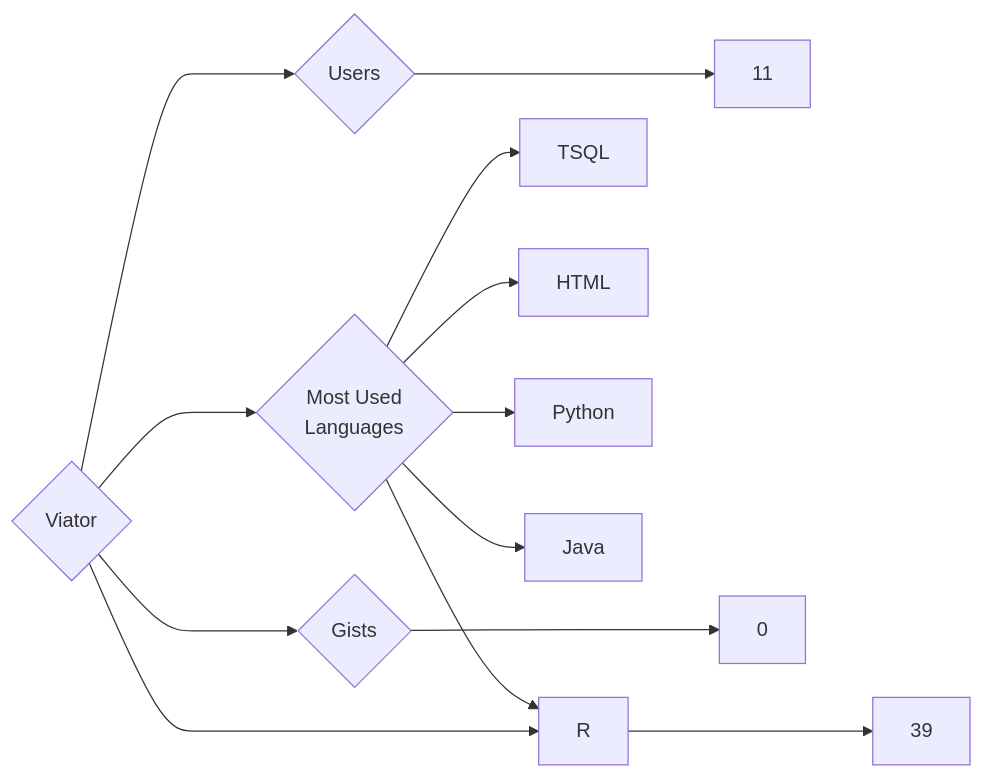
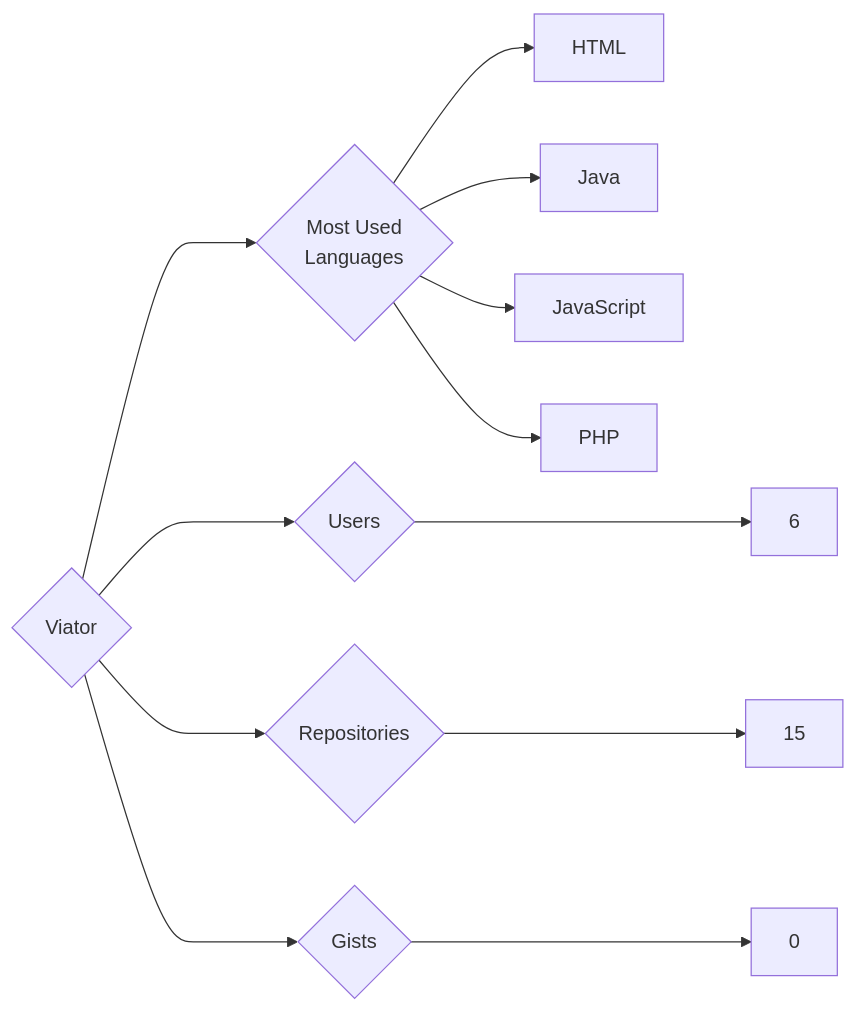
The diagram in targets/Viator/README.md (trickest/insiders), drawn with Mermaid before and after one commit. The commit also changed 814 other files, not shown here.

````diff
--- a/targets/Viator/README.md
+++ b/targets/Viator/README.md
@@ -3,13 +3,12 @@
 ```mermaid
 graph LR
 COMPANY_NAME{Viator}
-COMPANY_NAME ---> U{Users} ---> UN[11]
-COMPANY_NAME ---> R{Repositories} ---> RN[39]
+COMPANY_NAME ---> U{Users} ---> UN[6]
+COMPANY_NAME ---> R{Repositories} ---> RN[15]
 COMPANY_NAME ---> G{Gists} ---> GN[0]
 COMPANY_NAME ---> ML{Most Used<br>Languages}
-ML --> TSQL[TSQL]
 ML --> HTML[HTML]
-ML --> Python[Python]
 ML --> Java[Java]
-ML --> R[R]
+ML --> JavaScript[JavaScript]
+ML --> PHP[PHP]
 ```
````
